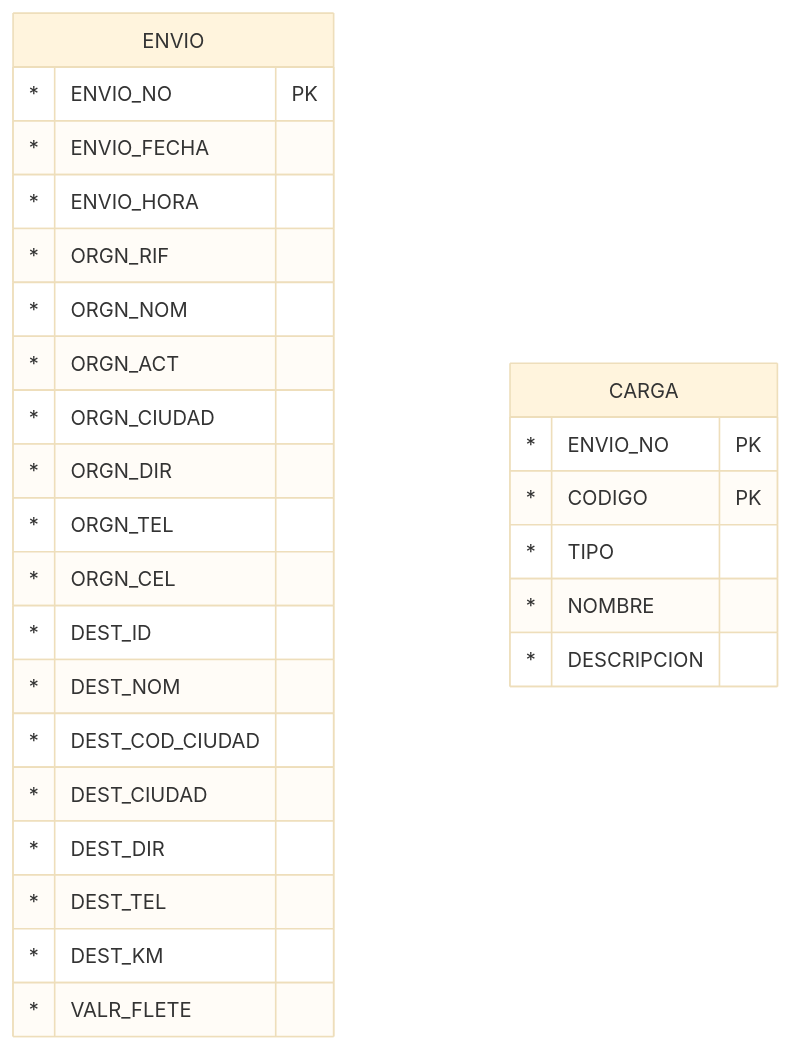
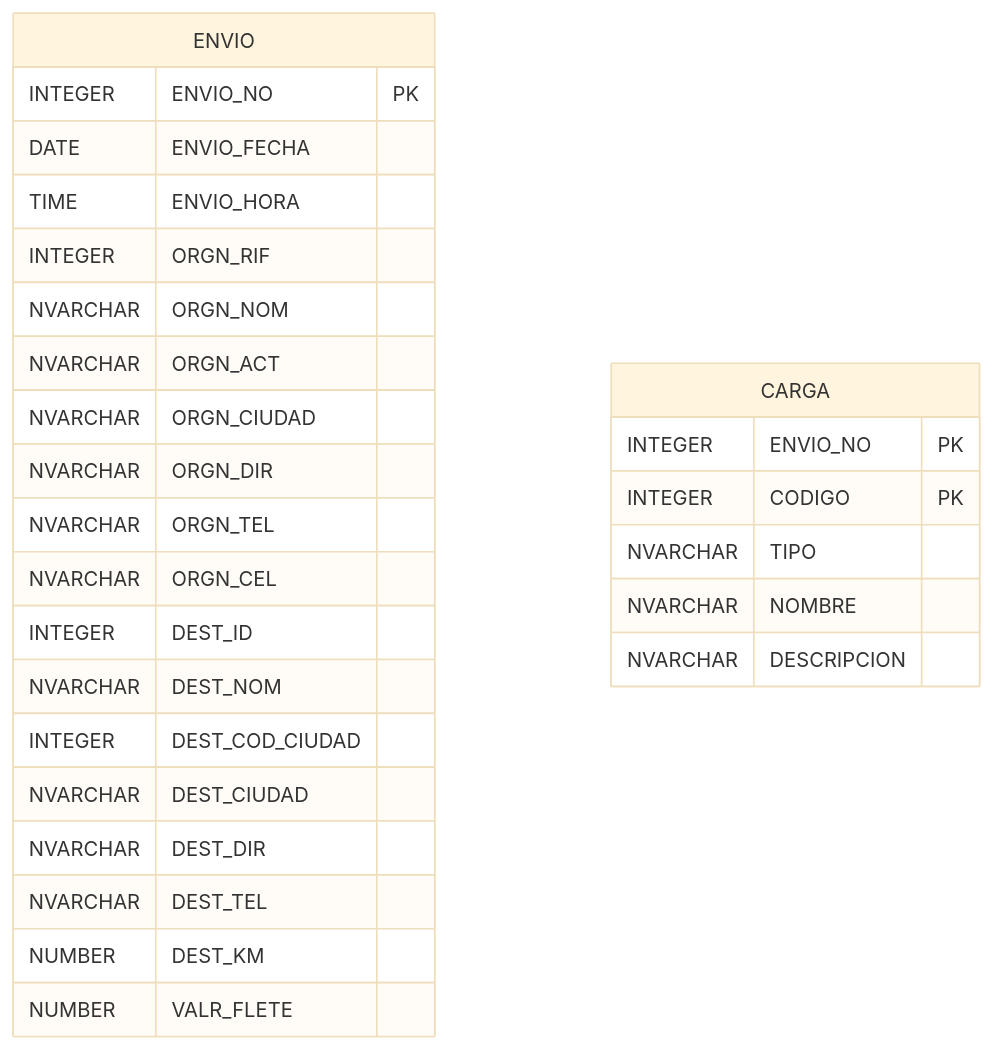
The second of 4 diagrams in materias/base-datos/tps/TP4-normalizacion.md (ppandomail/data), drawn with Mermaid (base theme) before and after one commit. The commit also changed other lines of this file and 1 other file, not shown here.

````diff
--- a/materias/base-datos/tps/TP4-normalizacion.md
+++ b/materias/base-datos/tps/TP4-normalizacion.md
@@ -30,31 +30,31 @@
 ```mermaid
 erDiagram
     ENVIO {
-        * ENVIO_NO PK
-        * ENVIO_FECHA
-        * ENVIO_HORA
-        * ORGN_RIF
-        * ORGN_NOM
-        * ORGN_ACT
-        * ORGN_CIUDAD
-        * ORGN_DIR
-        * ORGN_TEL
-        * ORGN_CEL
-        * DEST_ID
-        * DEST_NOM
-        * DEST_COD_CIUDAD
-        * DEST_CIUDAD
-        * DEST_DIR
-        * DEST_TEL
-        * DEST_KM 
-        * VALR_FLETE 
+        INTEGER  ENVIO_NO PK
+        DATE     ENVIO_FECHA
+        TIME     ENVIO_HORA
+        INTEGER  ORGN_RIF
+        NVARCHAR ORGN_NOM
+        NVARCHAR ORGN_ACT
+        NVARCHAR ORGN_CIUDAD
+        NVARCHAR ORGN_DIR
+        NVARCHAR ORGN_TEL
+        NVARCHAR ORGN_CEL
+        INTEGER  DEST_ID
+        NVARCHAR DEST_NOM
+        INTEGER  DEST_COD_CIUDAD
+        NVARCHAR DEST_CIUDAD
+        NVARCHAR DEST_DIR
+        NVARCHAR DEST_TEL
+        NUMBER   DEST_KM 
+        NUMBER   VALR_FLETE 
     }
 
     CARGA {
-        * ENVIO_NO PK
-        * CODIGO PK
-        * TIPO
-        * NOMBRE
-        * DESCRIPCION
+        INTEGER  ENVIO_NO PK
+        INTEGER  CODIGO PK
+        NVARCHAR TIPO
+        NVARCHAR NOMBRE
+        NVARCHAR DESCRIPCION
     }
 ```
````
